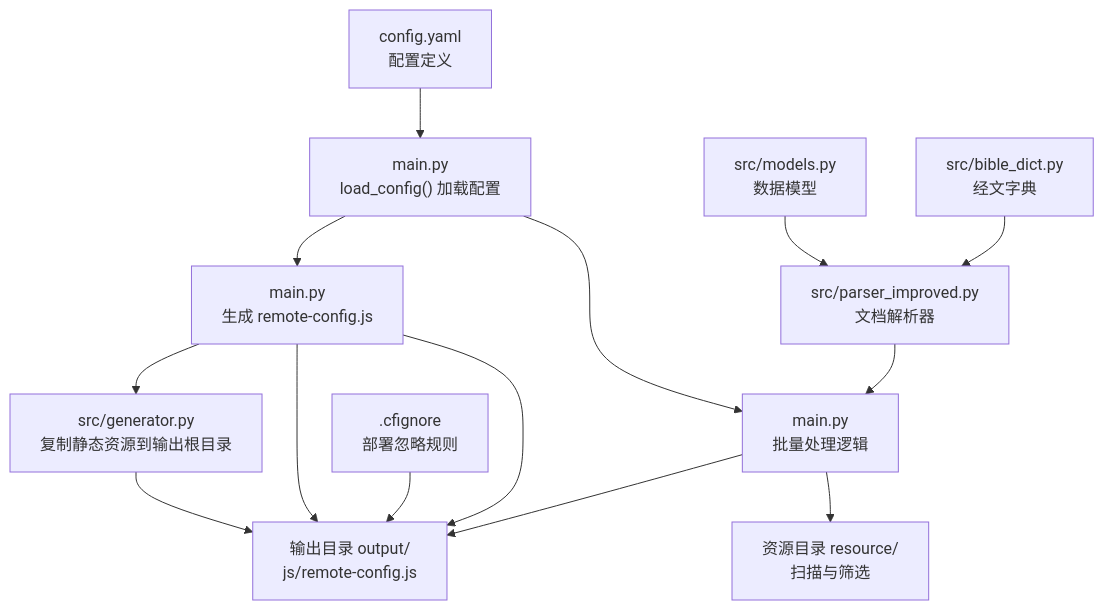
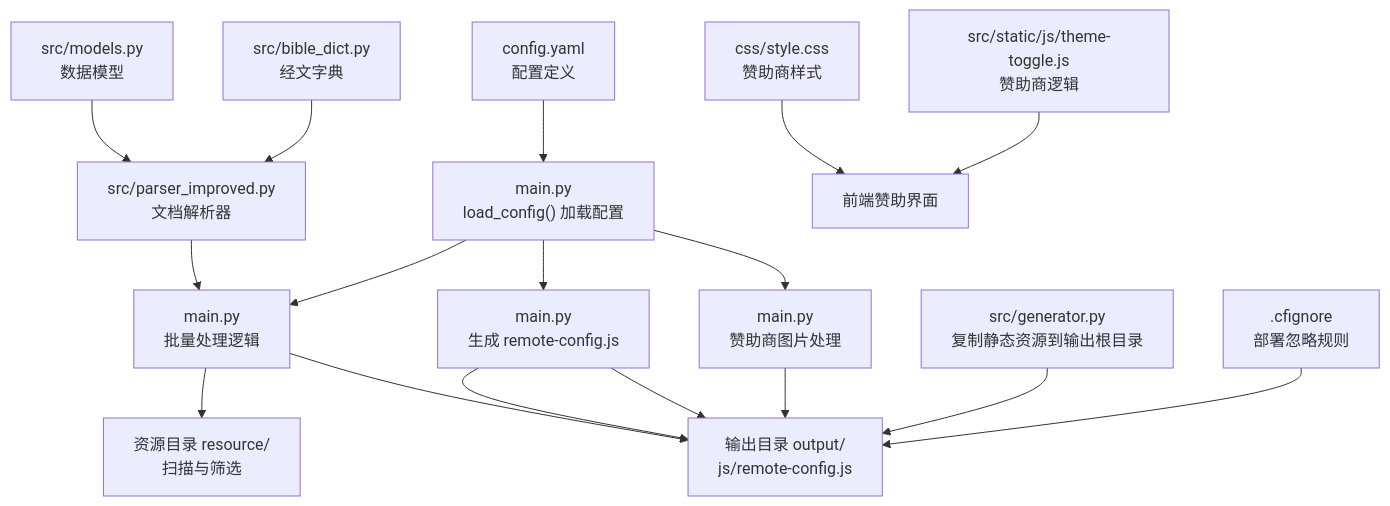
One commit to zhao-zg/cx changed the first of 5 diagrams in .qoder/repowiki/zh/content/批量处理系统/配置管理.md. Above: the diagram before and after it, drawn with Mermaid. The commit also changed other lines of this file and 48 other files, not shown here.

````diff
--- a/.qoder/repowiki/zh/content/批量处理系统/配置管理.md
+++ b/.qoder/repowiki/zh/content/批量处理系统/配置管理.md
@@ -48,16 +52,19 @@
 ```mermaid
 graph TB
 cfg["config.yaml<br/>配置定义"] --> loader["main.py<br/>load_config() 加载配置"]
 loader --> bp["main.py<br/>批量处理逻辑"]
 loader --> gen["main.py<br/>生成 remote-config.js"]
+loader --> sponsor["main.py<br/>赞助商图片处理"]
 gen --> out["输出目录 output/<br/>js/remote-config.js"]
 bp --> res["资源目录 resource/<br/>扫描与筛选"]
 bp --> out
 gen --> out
-gen --> static_gen["src/generator.py<br/>复制静态资源到输出根目录"]
-static_gen --> out
+sponsor --> out
+static_gen["src/generator.py<br/>复制静态资源到输出根目录"] --> out
 deploy[".cfignore<br/>部署忽略规则"] --> out
 parser["src/parser_improved.py<br/>文档解析器"] --> bp
 models["src/models.py<br/>数据模型"] --> parser
 bible["src/bible_dict.py<br/>经文字典"] --> parser
+sponsor_css["css/style.css<br/>赞助商样式"] --> sponsor_ui["前端赞助界面"]
+sponsor_js["src/static/js/theme-toggle.js<br/>赞助商逻辑"] --> sponsor_ui
 ```
````
